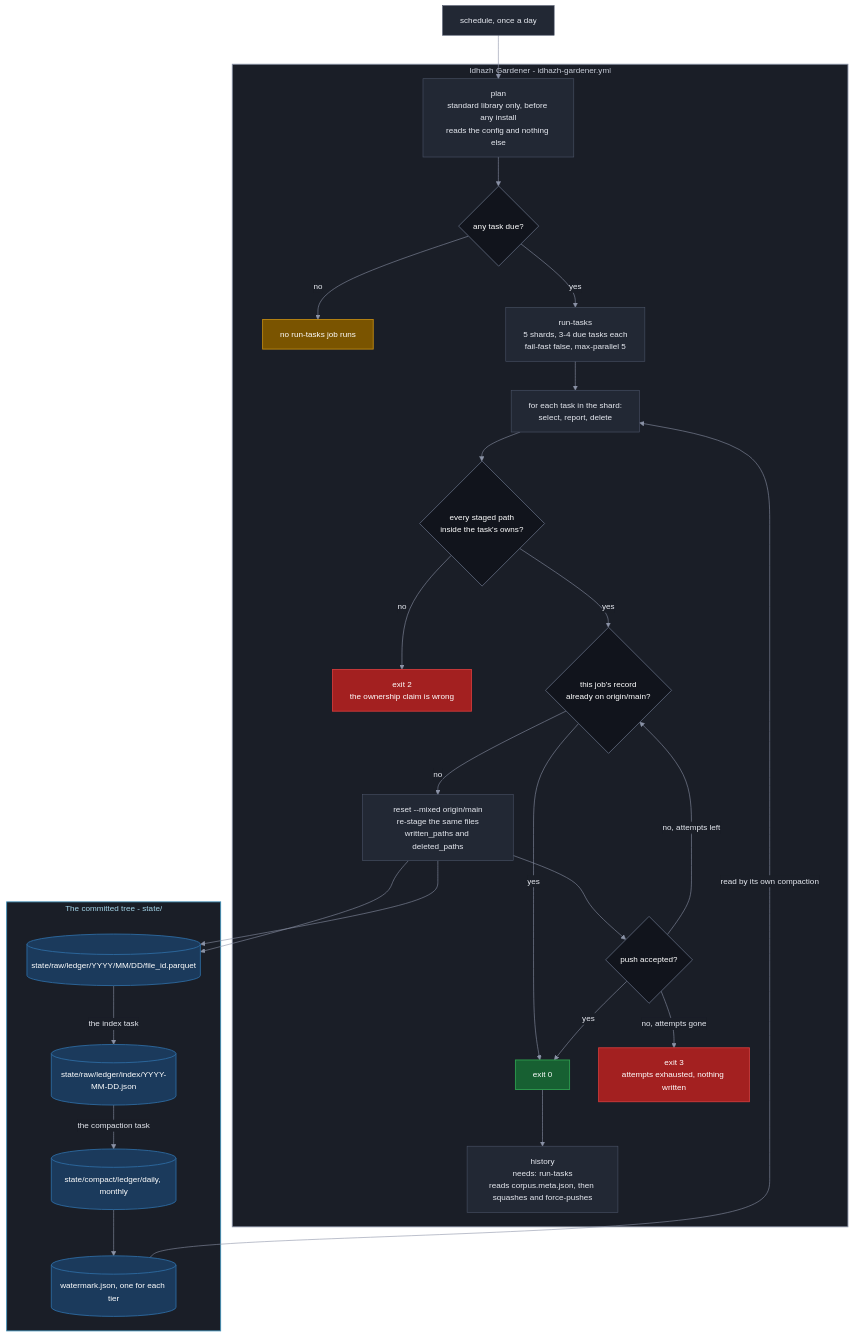
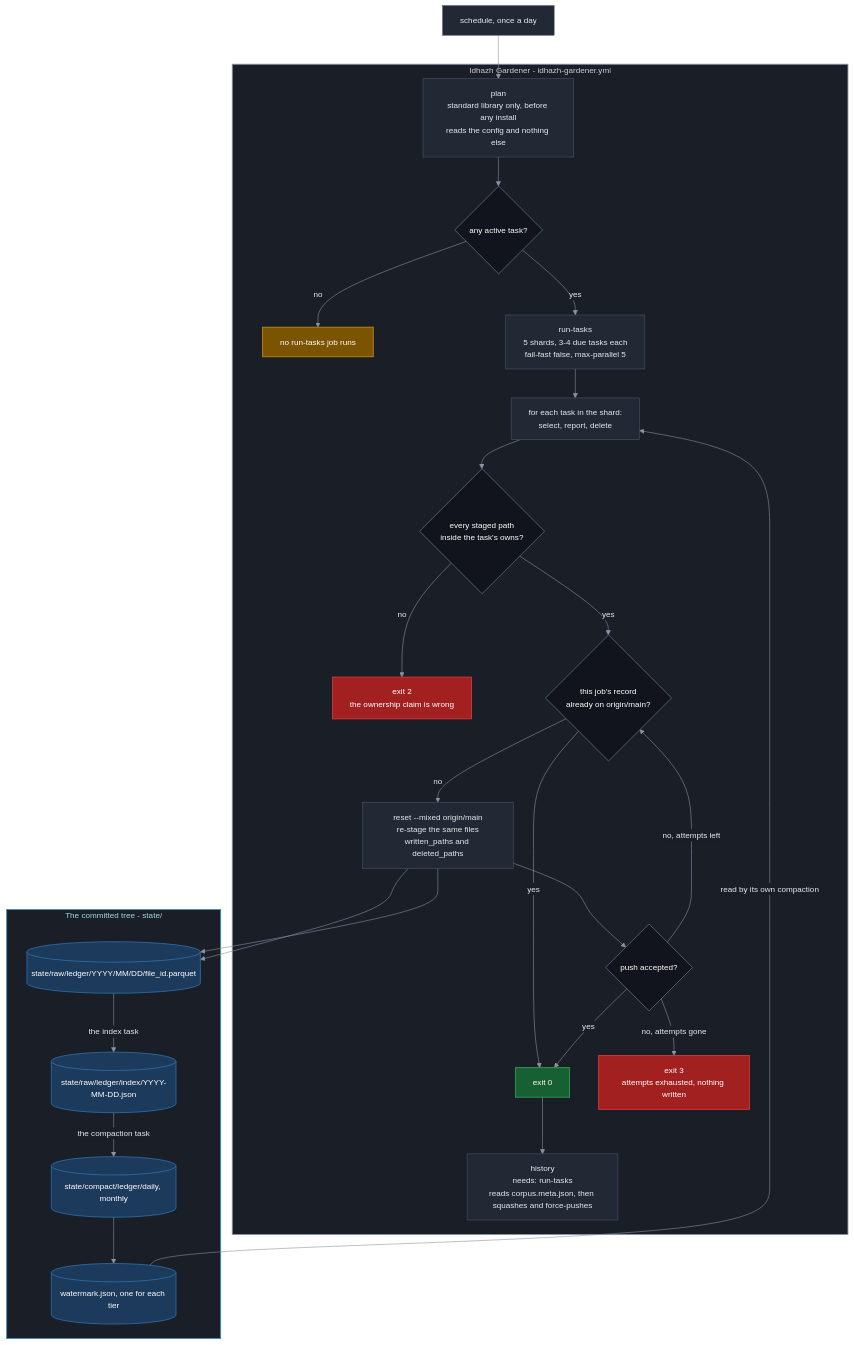
The first of 2 diagrams in TODO/20260924-50-idhazh-gardener-plan.md (miztiik/yen-idhazh), drawn with Mermaid before and after one commit. The commit also changed other lines of this file, not shown here.

````diff
--- a/TODO/20260924-50-idhazh-gardener-plan.md
+++ b/TODO/20260924-50-idhazh-gardener-plan.md
@@ -156,68 +156,68 @@
 ```mermaid
 %%{init: {"theme": "base", "themeVariables": {"background": "#0f1117", "primaryColor": "#222834", "primaryTextColor": "#e6e9f0", "primaryBorderColor": "#4b5468", "lineColor": "#8b93a7", "textColor": "#e6e9f0", "clusterBkg": "#1a1e27", "clusterBorder": "#3a4254", "titleColor": "#e6e9f0", "edgeLabelBackground": "#1a1e27", "fontSize": "14px"}}}%%
 flowchart TB
   CRON["schedule, once a day"]
 
   subgraph OPS["Idhazh Gardener - idhazh-gardener.yml"]
     PLAN["plan<br/>standard library only, before any install<br/>reads the config and nothing else"]
-    ANY{"any task due?"}
+    ANY{"any active task?"}
     IDLE["no run-tasks job runs"]
     TEND["run-tasks<br/>5 shards, 3-4 due tasks each<br/>fail-fast false, max-parallel 5"]
     RUN["for each task in the shard:<br/>select, report, delete"]
     OWNED{"every staged path<br/>inside the task's owns?"}
     OUTSIDE["exit 2<br/>the ownership claim is wrong"]
     LANDED{"this job's record<br/>already on origin/main?"}
     REAPPLY["reset --mixed origin/main<br/>re-stage the same files<br/>written_paths and deleted_paths"]
     PUSHED{"push accepted?"}
     OK["exit 0"]
     LOST["exit 3<br/>attempts exhausted, nothing written"]
     HIST["history<br/>needs: run-tasks<br/>reads corpus.meta.json, then squashes and force-pushes"]
   end
 
   subgraph TREE["The committed tree - state/"]
     RAW[("state/raw/ledger/YYYY/MM/DD/file_id.parquet")]
     RIDX[("state/raw/ledger/index/YYYY-MM-DD.json")]
     COMPACT[("state/compact/ledger/daily, monthly")]
     WM[("watermark.json, one for each tier")]
   end
 
   CRON --> PLAN
   PLAN --> ANY
   ANY -->|"no"| IDLE
   ANY -->|"yes"| TEND
   TEND --> RUN
   RUN --> OWNED
   OWNED -->|"no"| OUTSIDE
   OWNED -->|"yes"| LANDED
   LANDED -->|"yes"| OK
   LANDED -->|"no"| REAPPLY
   REAPPLY --> RAW
   REAPPLY --> PUSHED
   PUSHED -->|"yes"| OK
   PUSHED -->|"no, attempts left"| LANDED
   PUSHED -->|"no, attempts gone"| LOST
   OK --> HIST
   WM -->|"read by its own compaction"| RUN
   REAPPLY --> RAW
   RAW -->|"the index task"| RIDX
   RIDX -->|"the compaction task"| COMPACT
   COMPACT --> WM
 
   classDef stage fill:#222834,stroke:#4b5468,stroke-width:1px,color:#e6e9f0;
   classDef decision fill:#11141c,stroke:#5b6477,stroke-width:1.5px,color:#ffffff;
   classDef yes fill:#176032,stroke:#2ea04f,stroke-width:1.5px,color:#ffffff;
   classDef no fill:#a32020,stroke:#d23b3b,stroke-width:1.5px,color:#ffffff;
   classDef warn fill:#7a5400,stroke:#c08a12,stroke-width:1.5px,color:#ffffff;
   classDef ledger fill:#1b3a5c,stroke:#2d6ca3,stroke-width:1.5px,color:#ffffff;
   classDef sysOps fill:#1a1e27,stroke:#8b93a7,stroke-width:1.5px,color:#c8cdd8;
   classDef sysPublish fill:#1a1e27,stroke:#3f8fb8,stroke-width:1.5px,color:#a5d6ea;
 
   class CRON,PLAN,TEND,RUN,REAPPLY,HIST stage;
   class ANY,OWNED,LANDED,PUSHED decision;
   class OK yes;
   class OUTSIDE,LOST no;
   class IDLE warn;
   class RAW,COMPACT,RIDX,WM ledger;
   class OPS sysOps;
   class TREE sysPublish;
 ```
````
